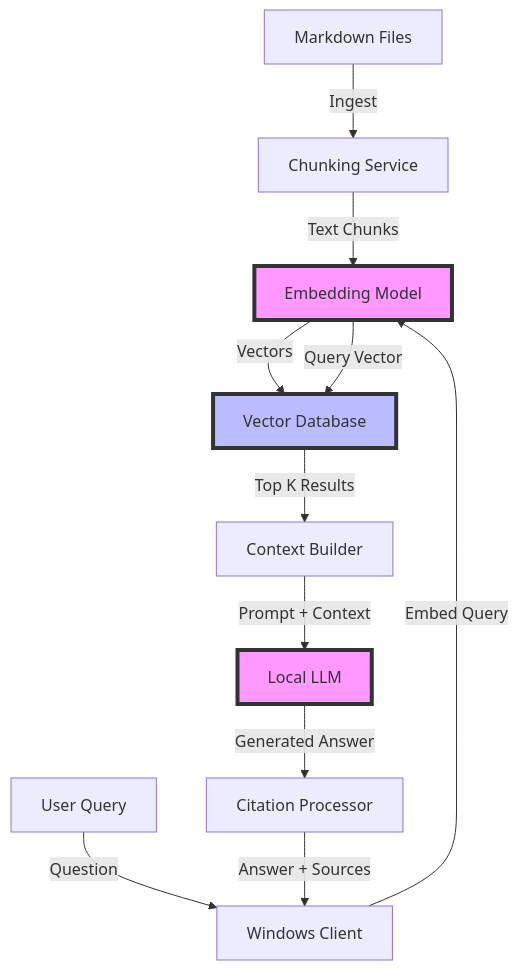
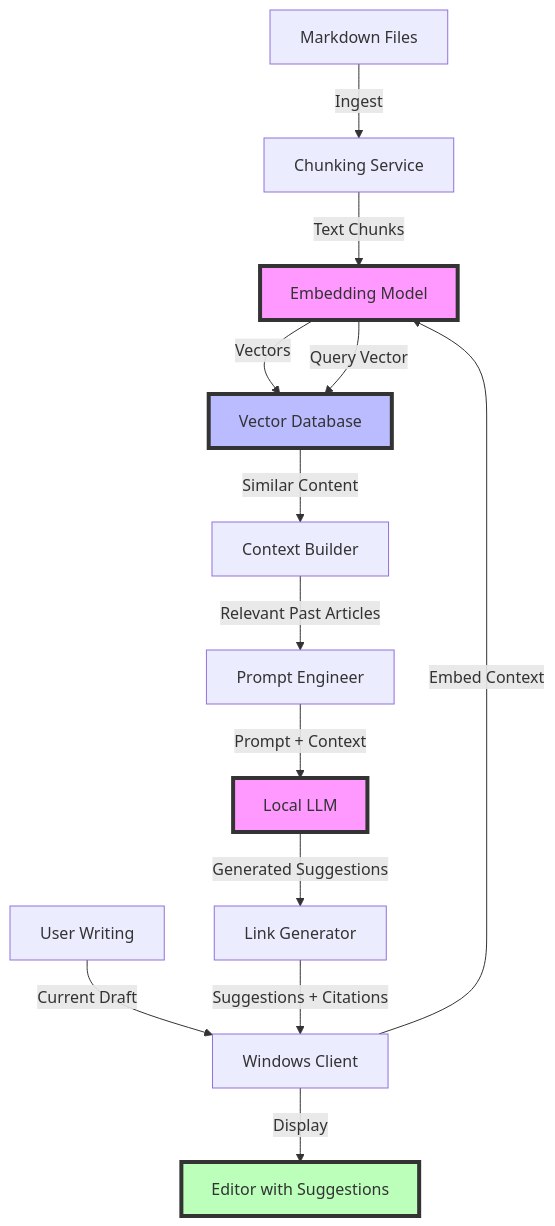
The diagram in Mostlylucid/Markdown/building-a-lawyer-gpt-for-your-blog-part1.md (Shaddix/mostlylucidweb), drawn with Mermaid before and after one commit. The commit also changed other lines of this file and 2 other files, not shown here.

````diff
--- a/Mostlylucid/Markdown/building-a-lawyer-gpt-for-your-blog-part1.md
+++ b/Mostlylucid/Markdown/building-a-lawyer-gpt-for-your-blog-part1.md
@@ -103,19 +118,23 @@
 ```mermaid
 graph TB
     A[Markdown Files] -->|Ingest| B[Chunking Service]
     B -->|Text Chunks| C[Embedding Model]
     C -->|Vectors| D[Vector Database]
 
-    E[User Query] -->|Question| F[Windows Client]
-    F -->|Embed Query| C
+    E[User Writing] -->|Current Draft| F[Windows Client]
+    F -->|Embed Context| C
     C -->|Query Vector| D
-    D -->|Top K Results| G[Context Builder]
+    D -->|Similar Content| G[Context Builder]
 
-    G -->|Prompt + Context| H[Local LLM]
-    H -->|Generated Answer| I[Citation Processor]
-    I -->|Answer + Sources| F
+    G -->|Relevant Past Articles| H[Prompt Engineer]
+    H -->|Prompt + Context| I[Local LLM]
+    I -->|Generated Suggestions| J[Link Generator]
+    J -->|Suggestions + Citations| F
+
+    F -->|Display| K[Editor with Suggestions]
 
     style C fill:#f9f,stroke:#333,stroke-width:4px
     style D fill:#bbf,stroke:#333,stroke-width:4px
-    style H fill:#f9f,stroke:#333,stroke-width:4px
+    style I fill:#f9f,stroke:#333,stroke-width:4px
+    style K fill:#bfb,stroke:#333,stroke-width:4px
 ```
````
